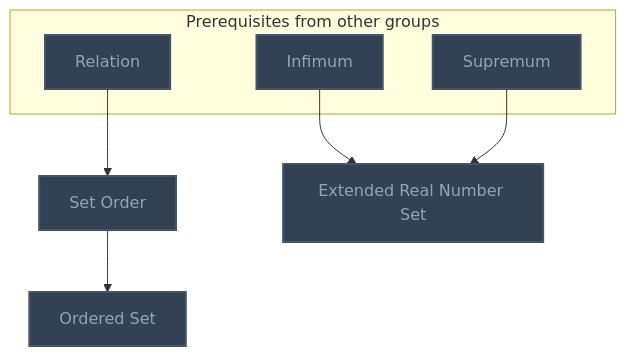
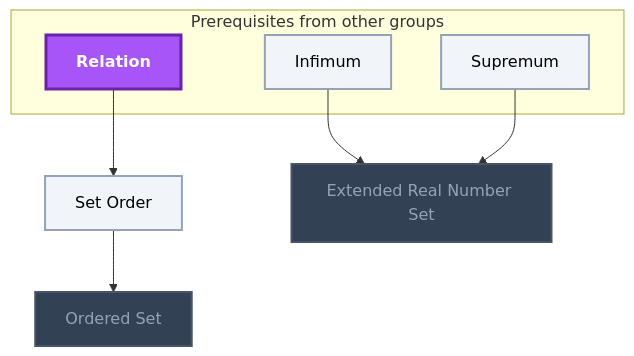
Before and after one commit to MRauf1/My-Notes: the second of 22 diagrams in Gamification/Skill Trees/Real Analysis.md, drawn with Mermaid. The commit also changed other lines of this file and 156 other files, not shown here.

````diff
--- a/Gamification/Skill Trees/Real Analysis.md
+++ b/Gamification/Skill Trees/Real Analysis.md
@@ -130,26 +131,28 @@
 ```mermaid
 flowchart TD
     classDef planned fill:#1E293B,stroke:#64748B,stroke-width:2px,stroke-dasharray:5 5,color:#94A3B8;
     classDef locked fill:#334155,stroke:#475569,stroke-width:2px,color:#94A3B8;
     classDef L0 fill:#F1F5F9,stroke:#94A3B8,stroke-width:2px,color:#000000;
     classDef L1 fill:#22C55E,stroke:#15803D,stroke-width:2px,color:#000000;
     classDef L2 fill:#3B82F6,stroke:#1D4ED8,stroke-width:3px,color:#FFFFFF;
     classDef L3 fill:#A855F7,stroke:#6B21A8,stroke-width:3px,color:#FFFFFF,font-weight:bold;
     classDef L4 fill:#F97316,stroke:#C2410C,stroke-width:4px,color:#000000,font-weight:bold;
     classDef L5 fill:#FFD700,stroke:#FF8C00,stroke-width:5px,color:#000000,font-weight:bold;
     classDef rusty stroke:#8B4513,stroke-width:4px,stroke-dasharray:3 3;
     subgraph sg_prereqs["Prerequisites from other groups"]
         n_relation["Relation"]
         n_infimum["Infimum"]
         n_supremum["Supremum"]
     end
     n_ordered_set["Ordered Set"]
     n_set_order["Set Order"]
     n_extended_real_number_set["Extended Real Number Set"]
     n_set_order --> n_ordered_set
     n_relation --> n_set_order
     n_infimum --> n_extended_real_number_set
     n_supremum --> n_extended_real_number_set
-    class n_relation,n_infimum,n_supremum,n_ordered_set,n_set_order,n_extended_real_number_set locked;
+    class n_ordered_set,n_extended_real_number_set locked;
+    class n_infimum,n_supremum,n_set_order L0;
+    class n_relation L3;
     class n_relation,n_infimum,n_supremum,n_ordered_set,n_set_order,n_extended_real_number_set internal-link;
 ```
````
